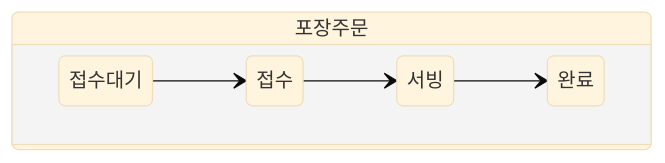
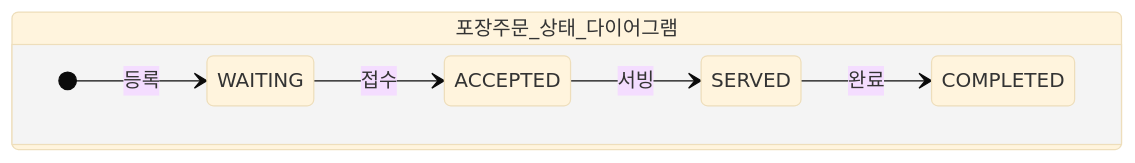
Before and after one commit to next-step/ddd-strategic-design: the second of 3 diagrams in README.md, drawn with Mermaid (base theme). The commit also changed other lines of this file, not shown here.

Commit message:
docs(kitchenops): 상태 다이어그램 action 명시

````diff
--- a/README.md
+++ b/README.md
@@ -285,9 +286,10 @@
 ```mermaid
 stateDiagram-v2
-    state 포장주문 {
+    state 포장주문_상태_다이어그램 {
         direction LR
-        접수대기 --> 접수
-        접수 --> 서빙
-        서빙 --> 완료
+        [*] --> WAITING : 등록
+        WAITING --> ACCEPTED : 접수
+        ACCEPTED --> SERVED : 서빙
+        SERVED --> COMPLETED : 완료
     }
 ```
````
